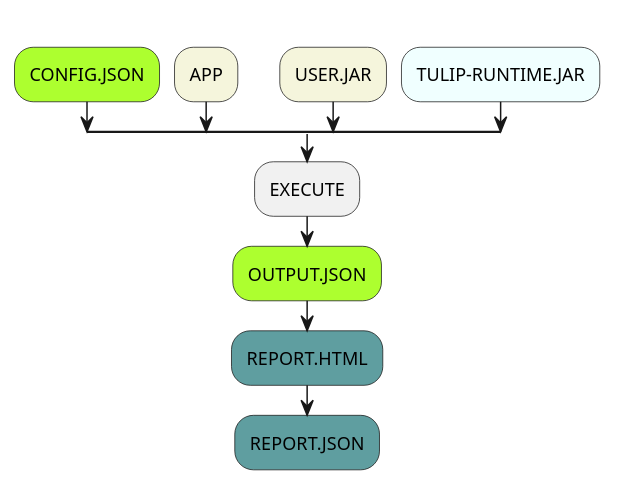
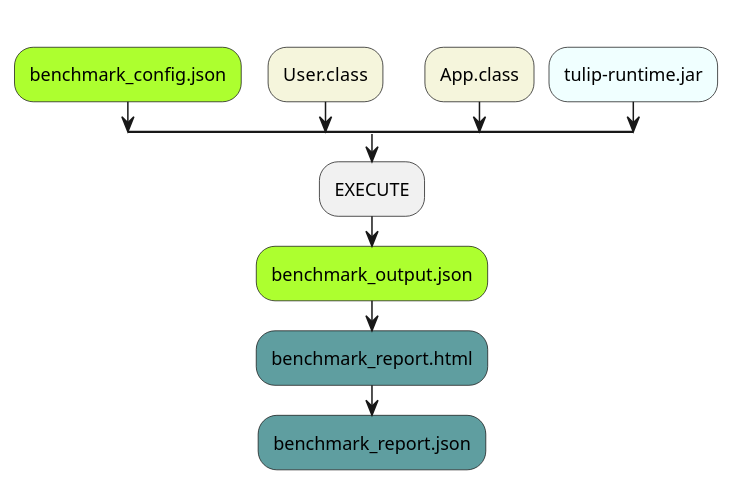
Before and after one commit to wfouche/Tulip: the fourth of 6 diagrams in doc/presentation/presentation.adoc, drawn with PlantUML.

Commit message:
Updated presentation

```diff
--- a/doc/presentation/presentation.adoc
+++ b/doc/presentation/presentation.adoc
@@ -503,22 +503,22 @@
 [plantuml,diag03,svg]
 ----
 @startuml
 split
    -[hidden]->
-   #greenyellow:CONFIG.JSON;
+   #greenyellow:benchmark_config.json;
 split again
    -[hidden]->
-   #beige:APP;
+   #beige:User.class;
 split again
    -[hidden]->
-   #beige:USER.JAR;
+   #beige:App.class;
 split again
    -[hidden]->
-   #azure:TULIP-RUNTIME.JAR;
+   #azure:tulip-runtime.jar;
 end split
 :EXECUTE;
-#greenyellow:OUTPUT.JSON;
-#cadetblue:REPORT.HTML;
-#cadetblue:REPORT.JSON;
+#greenyellow:benchmark_output.json;
+#cadetblue:benchmark_report.html;
+#cadetblue:benchmark_report.json;
 @enduml
 ----
```
